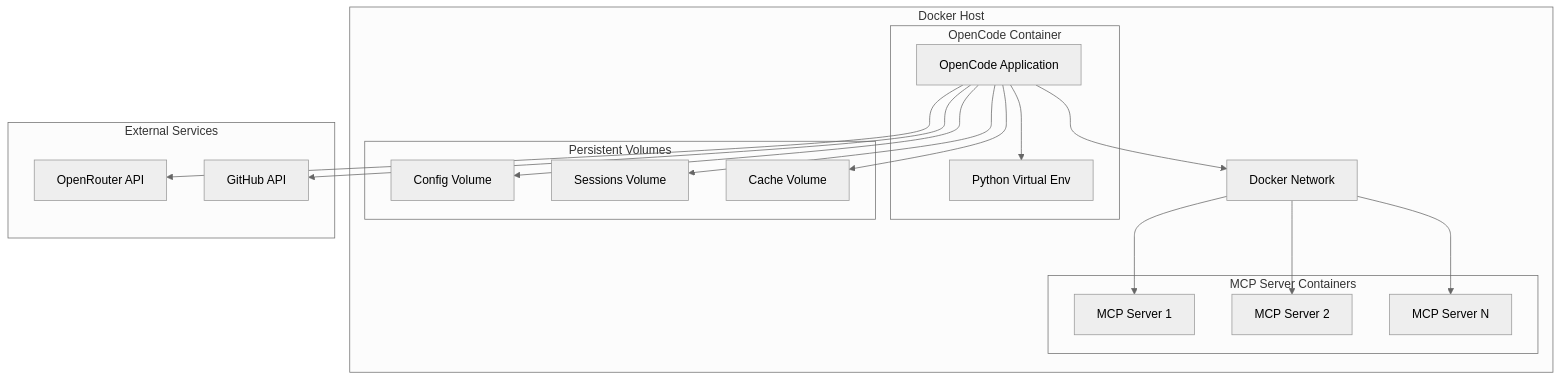
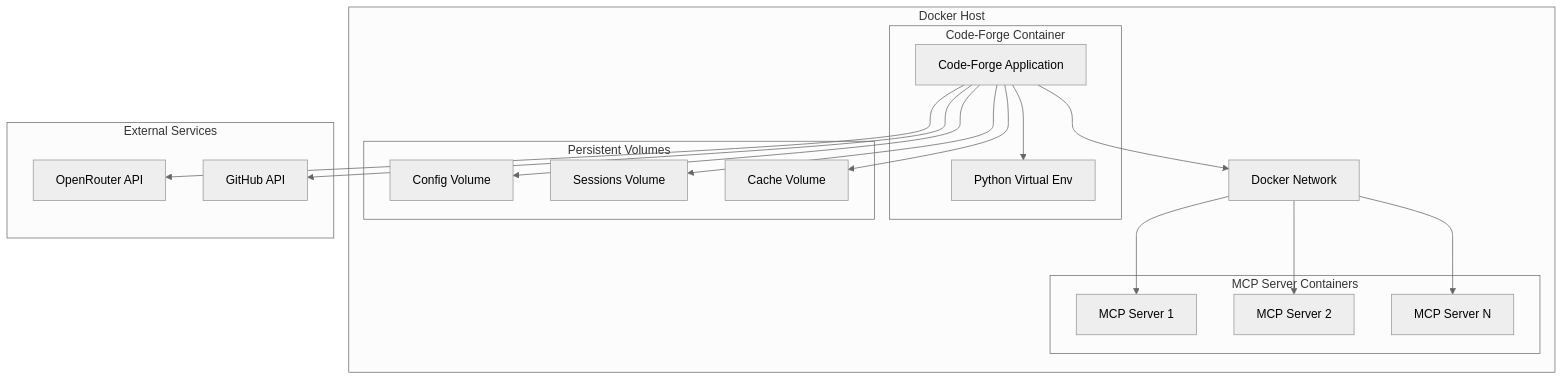
Diagram 36 of 38 in .ai/reference/UML.md (corey-rosamond/Code-Forge), drawn with Mermaid (neutral theme) before and after one commit. The commit also changed other lines of this file and 505 other files, not shown here.

First line of the commit message:
Rename project from OpenCode to Code-Forge

````diff
--- a/.ai/reference/UML.md
+++ b/.ai/reference/UML.md
@@ -1728,39 +1728,39 @@
 ```mermaid
 flowchart TB
     subgraph DockerHost["Docker Host"]
-        subgraph OpenCodeContainer["OpenCode Container"]
-            APP[OpenCode Application]
+        subgraph Code-ForgeContainer["Code-Forge Container"]
+            APP[Code-Forge Application]
             VENV[Python Virtual Env]
         end
 
         subgraph MCPContainers["MCP Server Containers"]
             MCP1[MCP Server 1]
             MCP2[MCP Server 2]
             MCP3[MCP Server N]
         end
 
         subgraph Volumes["Persistent Volumes"]
             VOL_CONFIG[Config Volume]
             VOL_SESSIONS[Sessions Volume]
             VOL_CACHE[Cache Volume]
         end
 
         NETWORK[Docker Network]
     end
 
     subgraph External["External Services"]
         OPENROUTER[OpenRouter API]
         GITHUB[GitHub API]
     end
 
     APP --> VENV
     APP --> VOL_CONFIG
     APP --> VOL_SESSIONS
     APP --> VOL_CACHE
     APP --> NETWORK
     NETWORK --> MCP1
     NETWORK --> MCP2
     NETWORK --> MCP3
     APP --> OPENROUTER
     APP --> GITHUB
 ```
````
